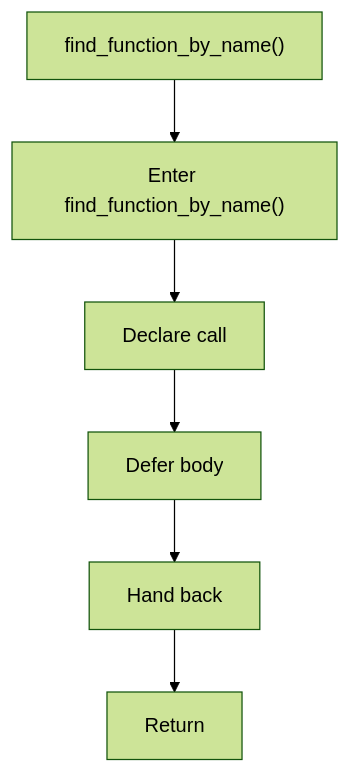
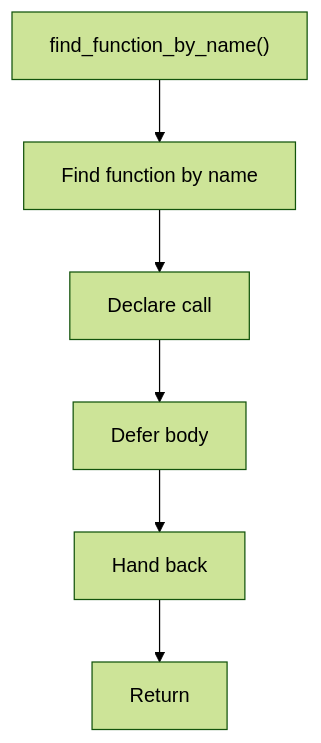
One commit to JohnAndrewBalbarosa/NeoTerritory changed the diagram in docs/Codebase/Microservice/Modules/Header/SyntacticBrokenAST/Analysis/ImplementationUse/Binding/Symbols/Flow/functions/find_function_by_name.hpp.md. Above: the diagram before and after it, drawn with Mermaid (forest theme). The commit also changed other lines of this file and 915 other files, not shown here.

````diff
--- a/docs/Codebase/Microservice/Modules/Header/SyntacticBrokenAST/Analysis/ImplementationUse/Binding/Symbols/Flow/functions/find_function_by_name.hpp.md
+++ b/docs/Codebase/Microservice/Modules/Header/SyntacticBrokenAST/Analysis/ImplementationUse/Binding/Symbols/Flow/functions/find_function_by_name.hpp.md
@@ -16,14 +16,14 @@
 ```mermaid
 flowchart TD
     Start["find_function_by_name()"]
-    N0["Enter find_function_by_name()"]
+    N0["Find function by name"]
     N1["Declare call"]
     N2["Defer body"]
     N3["Hand back"]
     End["Return"]
     Start --> N0
     N0 --> N1
     N1 --> N2
     N2 --> N3
     N3 --> End
 ```
````
